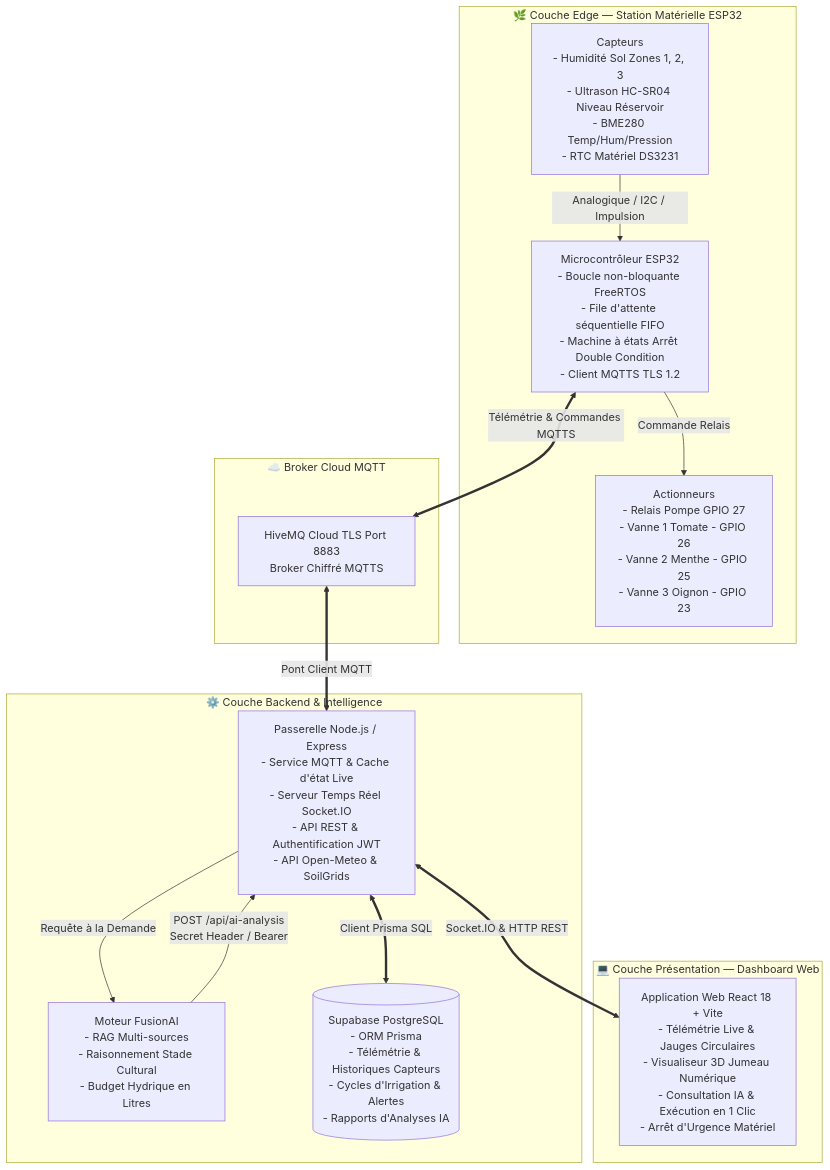
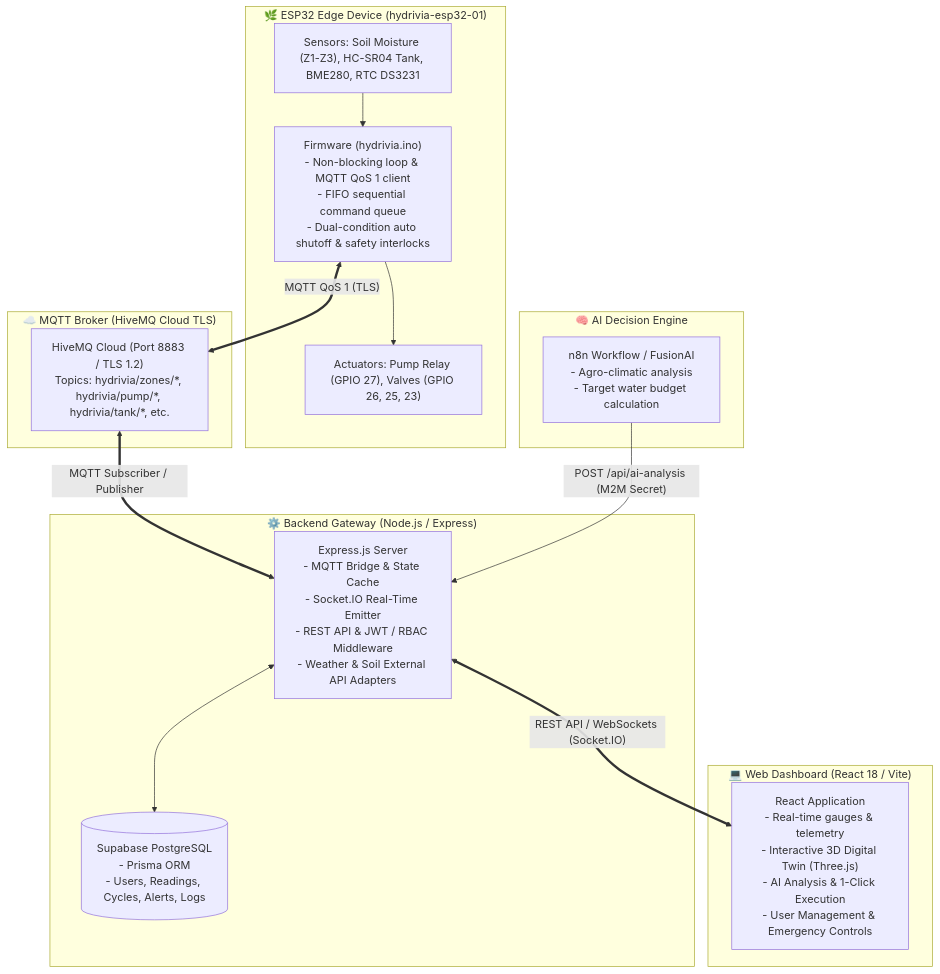
One commit to Musta2023/Hydrivia changed the diagram in README.md. Above: the diagram before and after it, drawn with Mermaid. The commit also changed other lines of this file and 1 other file, not shown here.

Commit message:
RBAC confi, esp32 qos 0=> qos 1

````diff
--- a/README.md
+++ b/README.md
@@ -71,31 +45,33 @@
 ```mermaid
 flowchart TB
-    subgraph Edge ["🌿 Couche Edge — Station Matérielle ESP32"]
-        Sensors["Capteurs<br/>- Humidité Sol Zones 1, 2, 3<br/>- Ultrason HC-SR04 Niveau Réservoir<br/>- BME280 Temp/Hum/Pression<br/>- RTC Matériel DS3231"]
-        Actuators["Actionneurs<br/>- Relais Pompe GPIO 27<br/>- Vanne 1 Tomate - GPIO 26<br/>- Vanne 2 Menthe - GPIO 25<br/>- Vanne 3 Oignon - GPIO 23"]
-        ESP32["Microcontrôleur ESP32<br/>- Boucle non-bloquante FreeRTOS<br/>- File d'attente séquentielle FIFO<br/>- Machine à états Arrêt Double Condition<br/>- Client MQTTS TLS 1.2"]
-        Sensors -->|Analogique / I2C / Impulsion| ESP32
-        ESP32 -->|Commande Relais| Actuators
+    subgraph Edge ["🌿 ESP32 Edge Device (hydrivia-esp32-01)"]
+        Sensors["Sensors: Soil Moisture (Z1-Z3), HC-SR04 Tank, BME280, RTC DS3231"]
+        Actuators["Actuators: Pump Relay (GPIO 27), Valves (GPIO 26, 25, 23)"]
+        Firmware["Firmware (hydrivia.ino)<br/>- Non-blocking loop & MQTT QoS 1 client<br/>- FIFO sequential command queue<br/>- Dual-condition auto shutoff & safety interlocks"]
+        Sensors --> Firmware
+        Firmware --> Actuators
     end
 
-    subgraph CloudMQTT ["☁️ Broker Cloud MQTT"]
-        HiveMQ["HiveMQ Cloud TLS Port 8883<br/>Broker Chiffré MQTTS"]
+    subgraph Broker ["☁️ MQTT Broker (HiveMQ Cloud TLS)"]
+        MQTTBroker["HiveMQ Cloud (Port 8883 / TLS 1.2)<br/>Topics: hydrivia/zones/*, hydrivia/pump/*, hydrivia/tank/*, etc."]
     end
 
-    subgraph BackendLayer ["⚙️ Couche Backend & Intelligence"]
-        Gateway["Passerelle Node.js / Express<br/>- Service MQTT & Cache d'état Live<br/>- Serveur Temps Réel Socket.IO<br/>- API REST & Authentification JWT<br/>- API Open-Meteo & SoilGrids"]
-        FusionAI["Moteur FusionAI<br/>- RAG Multi-sources<br/>- Raisonnement Stade Cultural<br/>- Budget Hydrique en Litres"]
-        Supabase[("Supabase PostgreSQL<br/>- ORM Prisma<br/>- Télémétrie & Historiques Capteurs<br/>- Cycles d'Irrigation & Alertes<br/>- Rapports d'Analyses IA")]
+    subgraph AIWorkflow ["🧠 AI Decision Engine"]
+        N8N["n8n Workflow / FusionAI<br/>- Agro-climatic analysis<br/>- Target water budget calculation"]
     end
 
-    subgraph FrontendLayer ["💻 Couche Présentation — Dashboard Web"]
-        Dashboard["Application Web React 18 + Vite<br/>- Télémétrie Live & Jauges Circulaires<br/>- Visualiseur 3D Jumeau Numérique<br/>- Consultation IA & Exécution en 1 Clic<br/>- Arrêt d'Urgence Matériel"]
+    subgraph Backend ["⚙️ Backend Gateway (Node.js / Express)"]
+        ExpressApp["Express.js Server<br/>- MQTT Bridge & State Cache<br/>- Socket.IO Real-Time Emitter<br/>- REST API & JWT / RBAC Middleware<br/>- Weather & Soil External API Adapters"]
+        Database[("Supabase PostgreSQL<br/>- Prisma ORM<br/>- Users, Readings, Cycles, Alerts, Logs")]
+        ExpressApp <--> Database
     end
 
-    ESP32 <==>|Télémétrie & Commandes MQTTS| HiveMQ
-    HiveMQ <==>|Pont Client MQTT| Gateway
-    Gateway <==>|Socket.IO & HTTP REST| Dashboard
-    Gateway <==>|Client Prisma SQL| Supabase
-    FusionAI -->|POST /api/ai-analysis<br/>Secret Header / Bearer| Gateway
-    Gateway -->|Requête à la Demande| FusionAI
+    subgraph Frontend ["💻 Web Dashboard (React 18 / Vite)"]
+        ReactApp["React Application<br/>- Real-time gauges & telemetry<br/>- Interactive 3D Digital Twin (Three.js)<br/>- AI Analysis & 1-Click Execution<br/>- User Management & Emergency Controls"]
+    end
+
+    Firmware <==>|"MQTT QoS 1 (TLS)"| MQTTBroker
+    MQTTBroker <==>|"MQTT Subscriber / Publisher"| ExpressApp
+    N8N -->|"POST /api/ai-analysis (M2M Secret)"| ExpressApp
+    ExpressApp <==>|"REST API / WebSockets (Socket.IO)"| ReactApp
 ```
````
